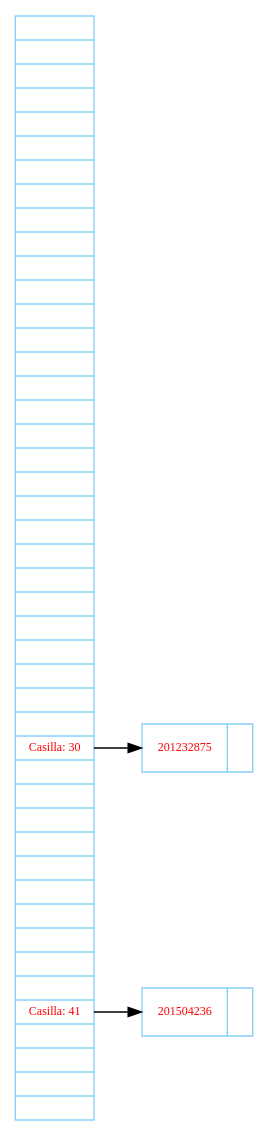
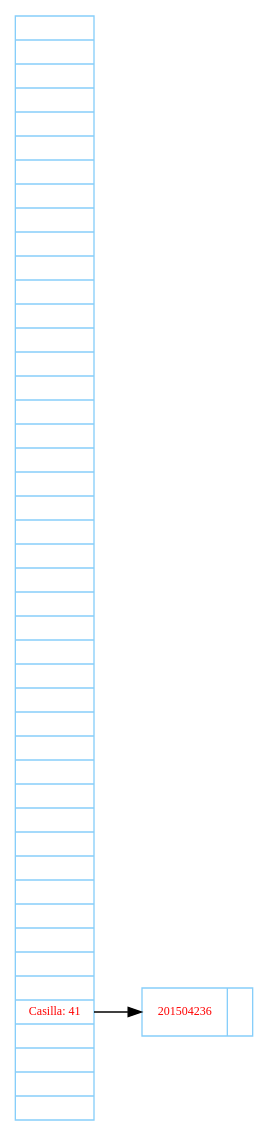
Before and after one commit to AdriGomez95/EDD_1S2020_PY2_201504236: the diagram in Proyecto2/TablaDispersa.dot, drawn with Graphviz. The commit also changed 47 other files, not shown here.

```diff
--- a/Proyecto2/TablaDispersa.dot
+++ b/Proyecto2/TablaDispersa.dot
@@ -1,10 +1,8 @@
 digraph G{
  node[shape=record fontsize=9 fontcolor=red color= lightskyblue fontname = Verdana];
  rankdir=LR;
-nodeR[label="<p0>|<p1>|<p2>|<p3>|<p4>|<p5>|<p6>|<p7>|<p8>|<p9>|<p10>|<p11>|<p12>|<p13>|<p14>|<p15>|<p16>|<p17>|<p18>|<p19>|<p20>|<p21>|<p22>|<p23>|<p24>|<p25>|<p26>|<p27>|<p28>|<p29>|<p30>Casilla: 30|<p31>|<p32>|<p33>|<p34>|<p35>|<p36>|<p37>|<p38>|<p39>|<p40>|<p41>Casilla: 41|<p42>|<p43>|<p44>|"];
-node30[label="{<p0>201232875|}"];
-nodeR:p30->node30;
+nodeR[label="<p0>|<p1>|<p2>|<p3>|<p4>|<p5>|<p6>|<p7>|<p8>|<p9>|<p10>|<p11>|<p12>|<p13>|<p14>|<p15>|<p16>|<p17>|<p18>|<p19>|<p20>|<p21>|<p22>|<p23>|<p24>|<p25>|<p26>|<p27>|<p28>|<p29>|<p30>|<p31>|<p32>|<p33>|<p34>|<p35>|<p36>|<p37>|<p38>|<p39>|<p40>|<p41>Casilla: 41|<p42>|<p43>|<p44>|"];
 node41[label="{<p0>201504236|}"];
 nodeR:p41->node41;
 
 }
```
